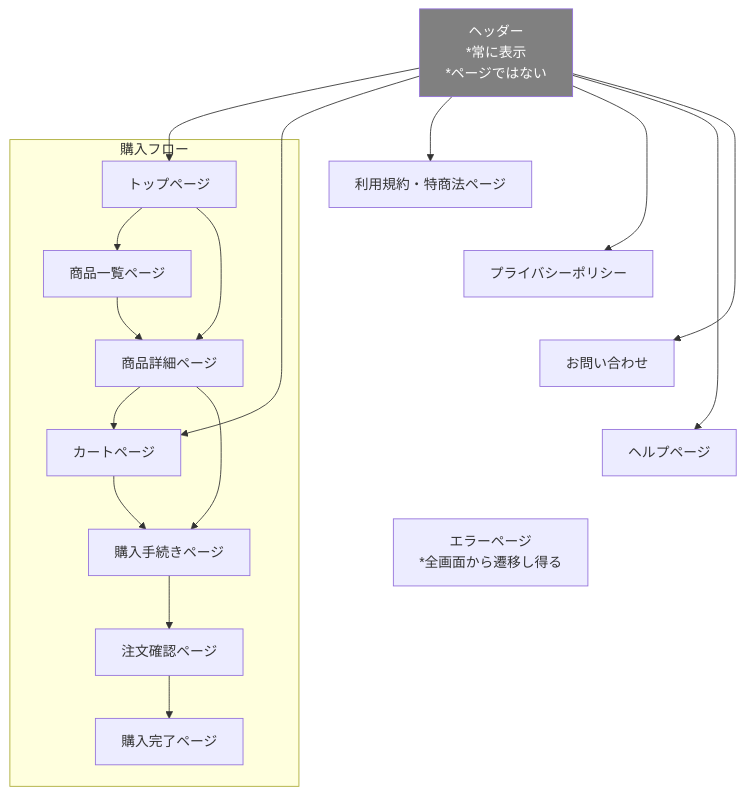
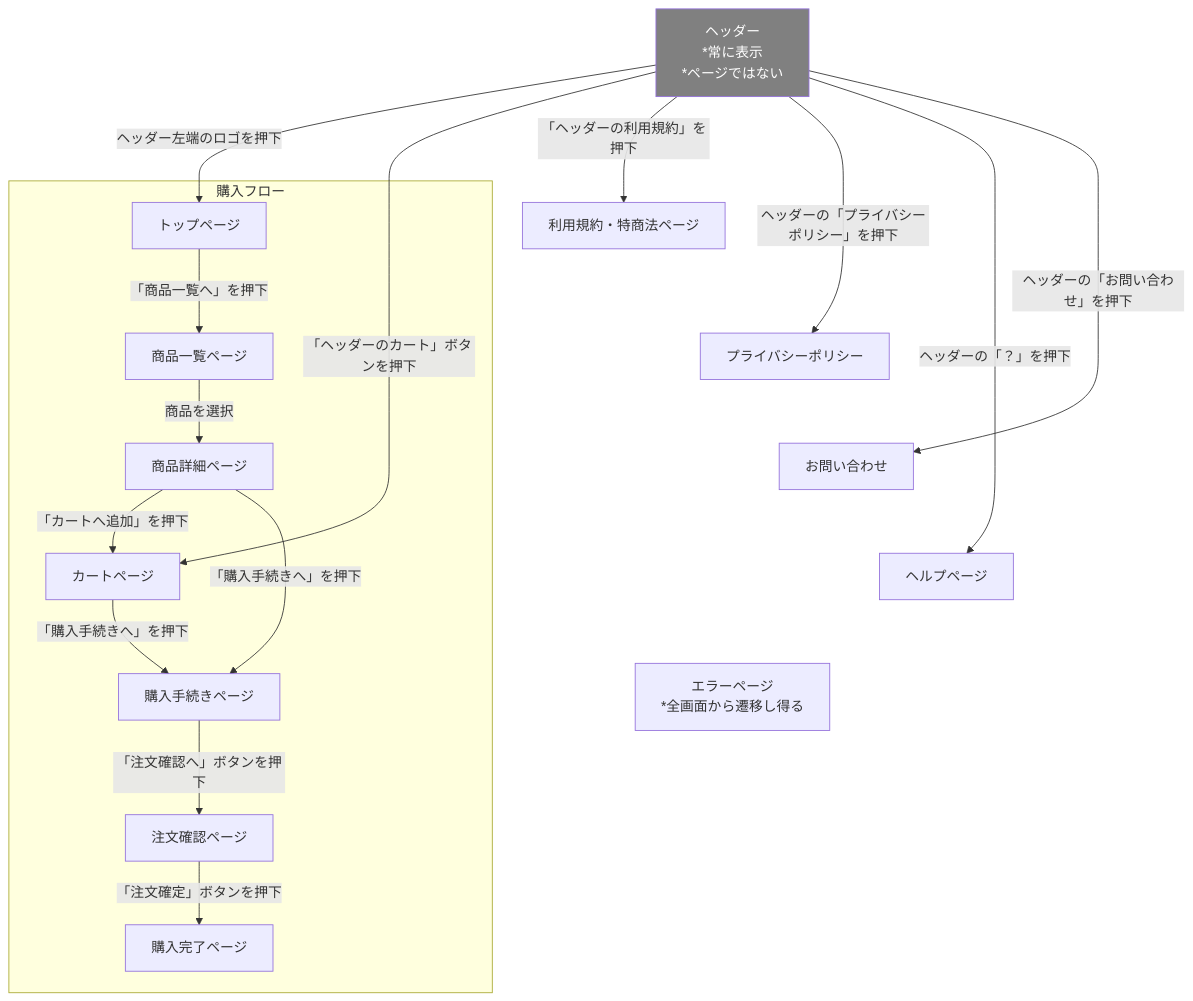
One commit to Aoi-Yaegashi/teamF changed the fifth of 7 diagrams in 基本設計/提出用/基本設計書.md. Above: the diagram before and after it, drawn with Mermaid. The commit also changed other lines of this file, not shown here.

````diff
--- a/基本設計/提出用/基本設計書.md
+++ b/基本設計/提出用/基本設計書.md
@@ -364,50 +383,49 @@
 ```mermaid
 graph TD
 
 subgraph 購入フロー
 %% トップページからの遷移
-F01[トップページ] --> F02[商品一覧ページ]
-F01 --> F03[商品詳細ページ]
+F01[トップページ] -->|「商品一覧へ」を押下| F02[商品一覧ページ]
 
 %% 商品一覧から詳細へ
-F02 --> F03
+F02 -->|商品を選択| F03[商品詳細ページ]
 
 %% 商品詳細からカートへ
-F03 --> F04[カートページ]
+F03 --> |「カートへ追加」を押下|F04[カートページ]
 
 %% 商品詳細から購入手続きへ
-F03 --> F05
+F03 -->|「購入手続きへ」を押下| F05
 
 %% カートから購入へ
-F04 --> F05[購入手続きページ]
+F04 -->|「購入手続きへ」を押下| F05[購入手続きページ]
 
 %% 注文確認画面
-F05 --> F06[注文確認ページ]
+F05 -->|「注文確認へ」ボタンを押下| F06[注文確認ページ]
 
 %% 購入手続きから完了へ
-F06 --> F07[購入完了ページ]
+F06 -->|「注文確定」ボタンを押下| F07[購入完了ページ]
 end
 
 %% ヘッダー（常に表示）
 F13[ヘッダー
 *常に表示
-*ページではない] --> F01
-F13 --> F04
-F13 --> F08[利用規約・特商法ページ]
-F13 --> F09[プライバシーポリシー]
-F13 --> F11[ヘルプページ]
-F13 --> F12[お問い合わせ]
+*ページではない] -->|ヘッダー左端のロゴを押下| F01
+F13 --> |「ヘッダーのカート」ボタンを押下|F04
+F13 --> |「ヘッダーの利用規約」を押下|F08[利用規約・特商法ページ]
+F13 -->|ヘッダーの「プライバシーポリシー」を押下| F09[プライバシーポリシー]
+F13 -->|ヘッダーの「？」を押下| F11[ヘルプページ]
+F13 -->|ヘッダーの「お問い合わせ」を押下| F12[お問い合わせ]
 classDef gray fill:gray,color:white;
 class F13 gray;
 
 %% エラーページ（どこからでも遷移し得る）
 F09 ~~~ F10[エラーページ
 *全画面から遷移し得る]
 F08 ~~~ F10
 F11 ~~~ F10
 
 %% 位置調整
 F08 ~~~ F09
 F09 ~~~ F12
 F12 ~~~ F11
 ```
````
